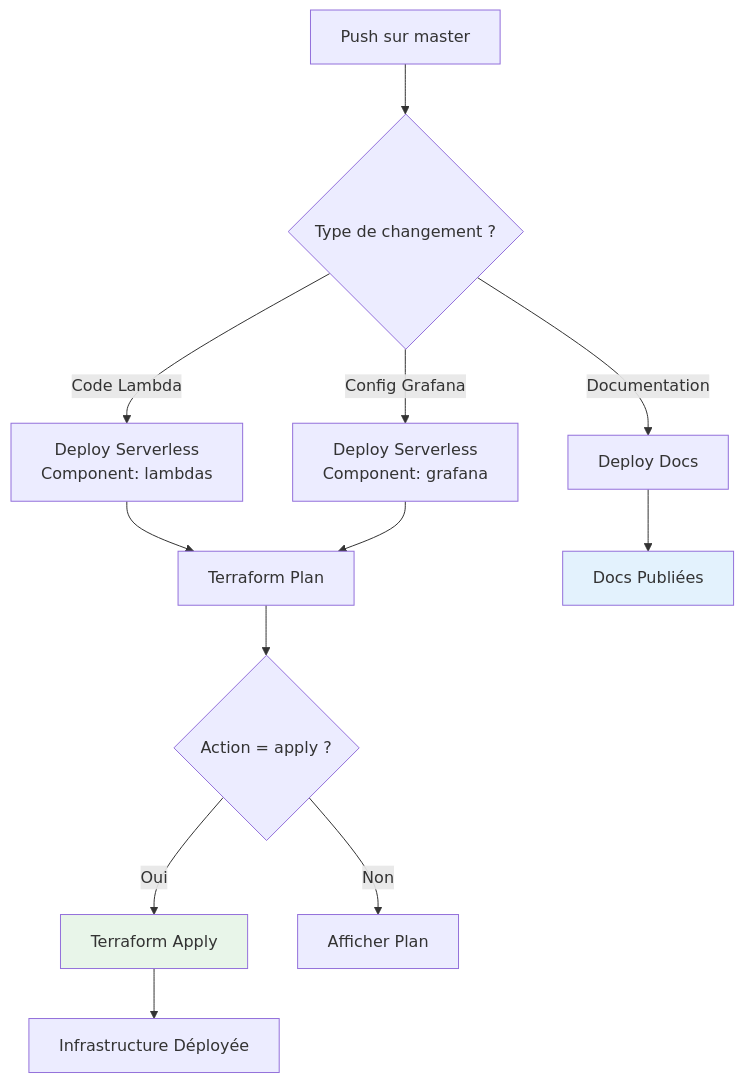
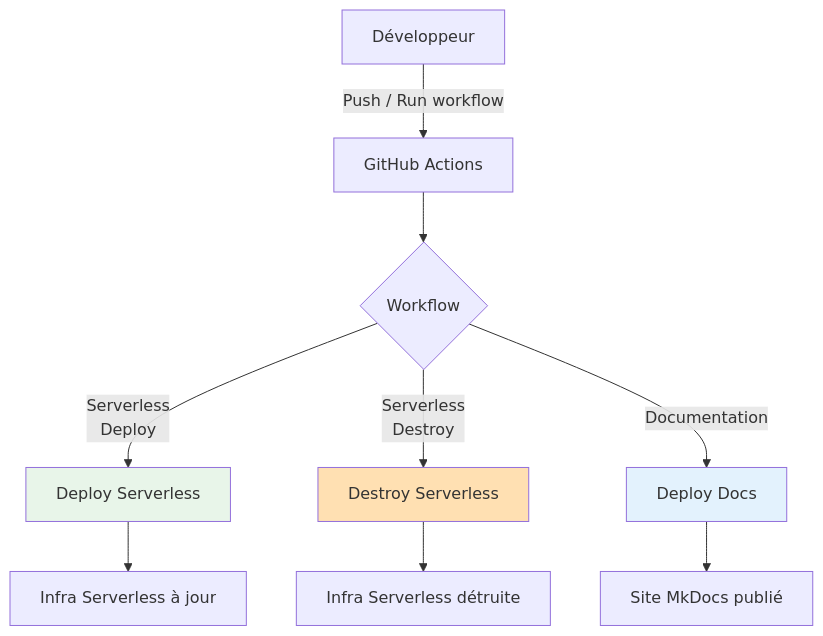
One commit to sentori94/iot-playground-starter-infra changed the diagram in docs/deployment/github-actions.md. Above: the diagram before and after it, drawn with Mermaid. The commit also changed other lines of this file and 15 other files, not shown here.

````diff
--- a/docs/deployment/github-actions.md
+++ b/docs/deployment/github-actions.md
@@ -65,22 +31,18 @@
 ```mermaid
 graph TD
-    A[Push sur master] --> B{Type de changement ?}
+    A[Développeur] -->|Push / Run workflow| B[GitHub Actions]
     
-    B -->|Code Lambda| C[Deploy Serverless<br/>Component: lambdas]
-    B -->|Config Grafana| D[Deploy Serverless<br/>Component: grafana]
-    B -->|Documentation| E[Deploy Docs]
+    B --> C{Workflow}
     
-    C --> F[Terraform Plan]
-    D --> F
+    C -->|Serverless<br/>Deploy| D[Deploy Serverless]
+    C -->|Serverless<br/>Destroy| E[Destroy Serverless]
+    C -->|Documentation| F[Deploy Docs]
     
-    F --> G{Action = apply ?}
+    D --> G[Infra Serverless à jour]
+    E --> H[Infra Serverless détruite]
+    F --> I[Site MkDocs publié]
     
-    G -->|Oui| H[Terraform Apply]
-    G -->|Non| I[Afficher Plan]
-    
-    H --> J[Infrastructure Déployée]
-    E --> K[Docs Publiées]
-    
-    style H fill:#e8f5e9
-    style K fill:#e3f2fd
+    style D fill:#e8f5e9
+    style E fill:#ffe0b2
+    style F fill:#e3f2fd
 ```
````
